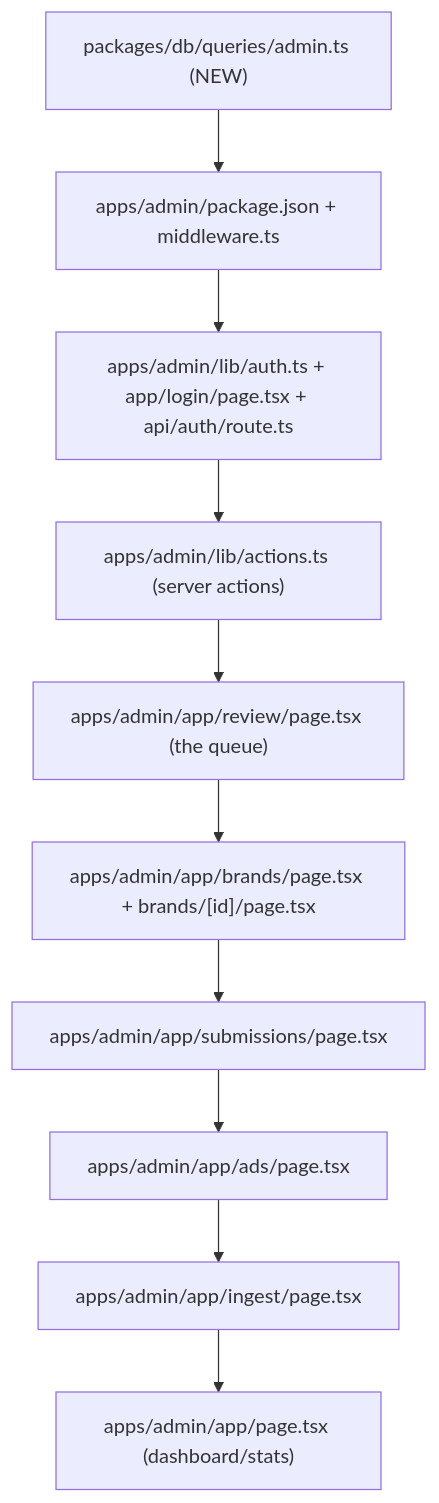
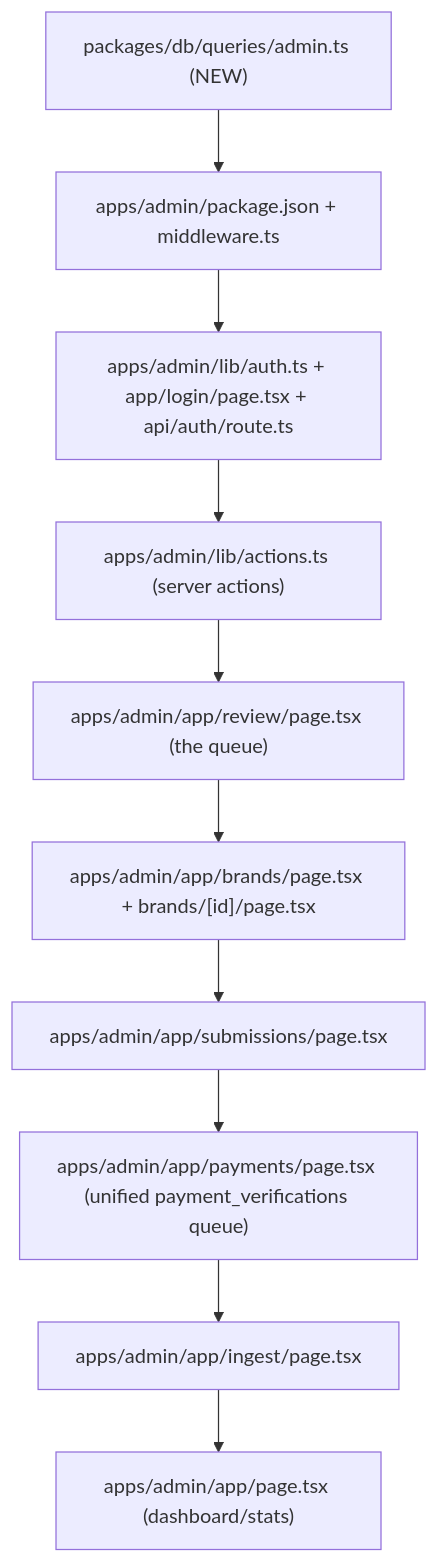
The fourth of 11 diagrams in BUILD_PLAN.md (Pa04rth/startup_atlas), drawn with Mermaid before and after one commit. The commit also changed other lines of this file and 75 other files, not shown here.

````diff
--- a/BUILD_PLAN.md
+++ b/BUILD_PLAN.md
@@ -406,12 +642,12 @@
 ```mermaid
 flowchart TD
     A["packages/db/queries/admin.ts (NEW)"] --> B["apps/admin/package.json + middleware.ts"]
     B --> C["apps/admin/lib/auth.ts + app/login/page.tsx + api/auth/route.ts"]
     C --> D["apps/admin/lib/actions.ts (server actions)"]
     D --> E["apps/admin/app/review/page.tsx (the queue)"]
     E --> F["apps/admin/app/brands/page.tsx + brands/[id]/page.tsx"]
     F --> G["apps/admin/app/submissions/page.tsx"]
-    G --> H["apps/admin/app/ads/page.tsx"]
+    G --> H["apps/admin/app/payments/page.tsx (unified payment_verifications queue)"]
     H --> I["apps/admin/app/ingest/page.tsx"]
     I --> J["apps/admin/app/page.tsx (dashboard/stats)"]
 ```
````
